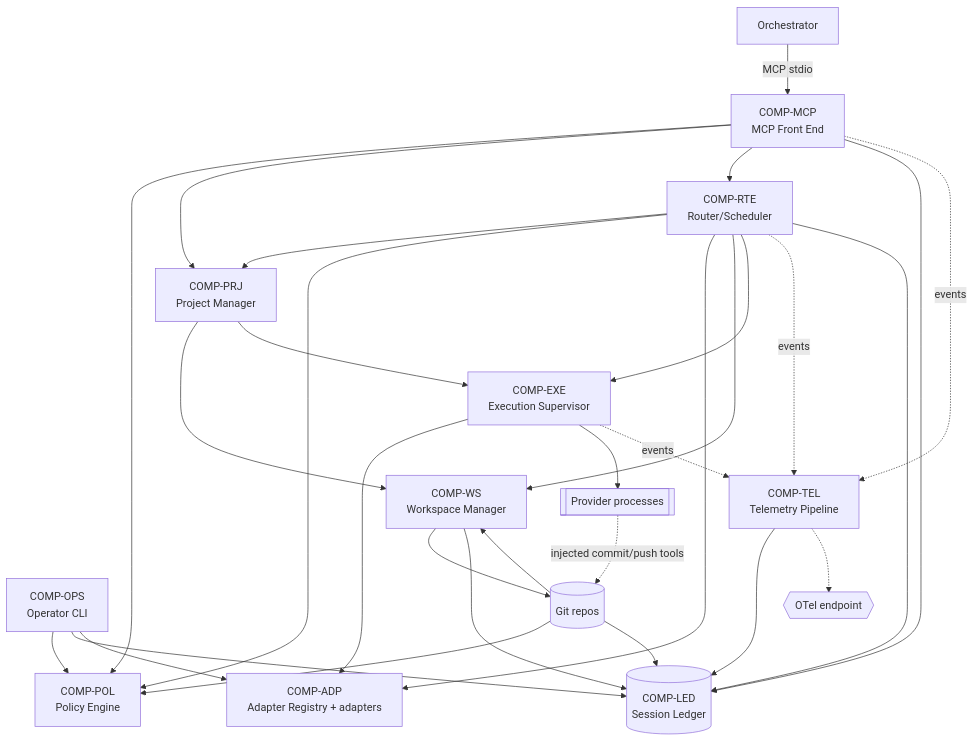
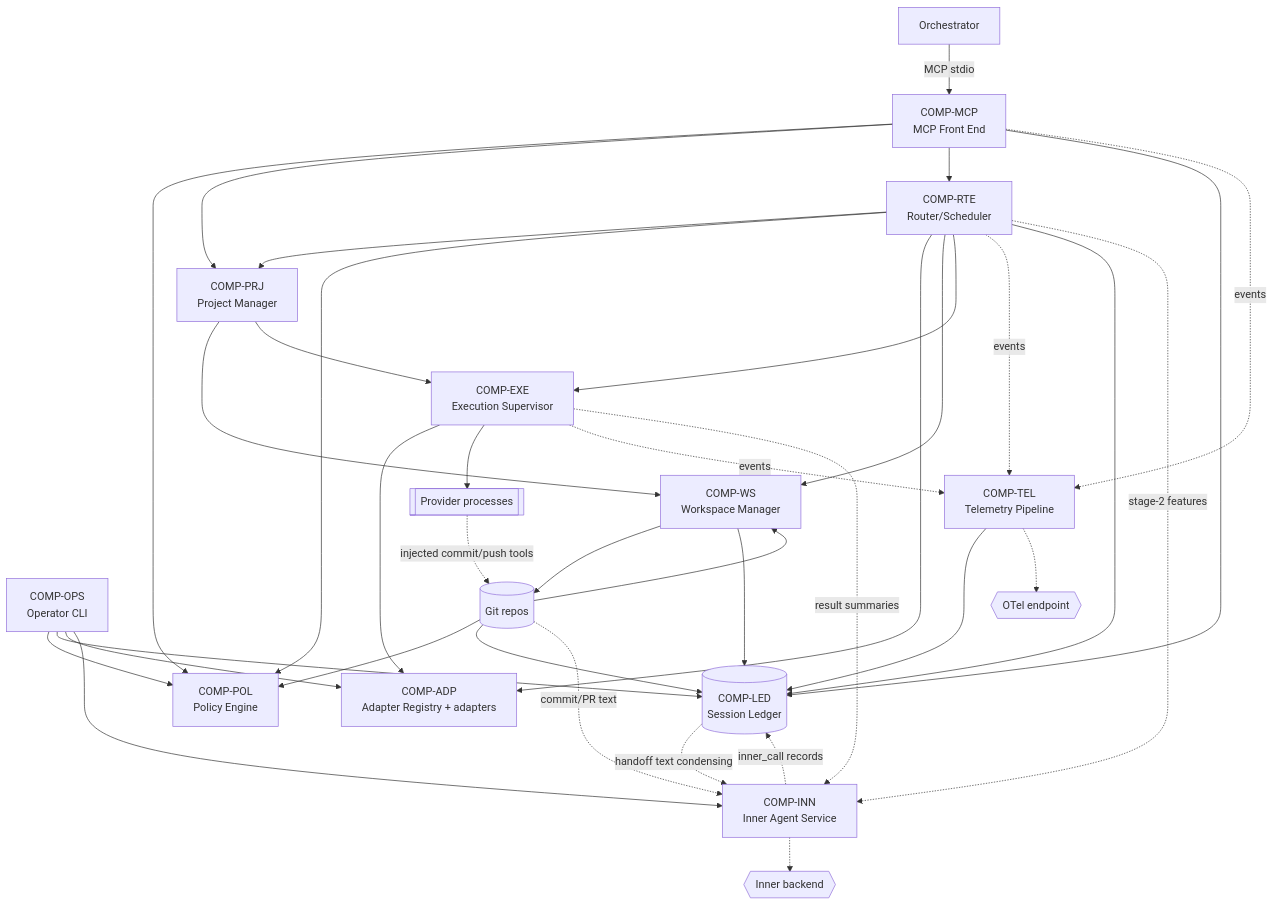
One commit to zemdregon/switchboard changed the second of 8 diagrams in docs/design/HLD.md. Above: the diagram before and after it, drawn with Mermaid. The commit also changed other lines of this file and 11 other files, not shown here.

First line of the commit message:
Add the inner agent to the specification set (owner decision 14)

````diff
--- a/docs/design/HLD.md
+++ b/docs/design/HLD.md
@@ -86,32 +92,40 @@
 ```mermaid
 flowchart TB
     ORCH[Orchestrator] -->|MCP stdio| MCP
     OPS[COMP-OPS<br/>Operator CLI] --> POL
     OPS --> LED
     OPS --> ADP
+    OPS --> INN
     MCP[COMP-MCP<br/>MCP Front End] --> POL[COMP-POL<br/>Policy Engine]
     MCP --> PRJ[COMP-PRJ<br/>Project Manager]
     RTE --> PRJ
     PRJ --> WS
     PRJ --> EXE
     PROC -. injected commit/push tools .-> GIT[COMP-GIT<br/>Git Publisher]
     GIT --> POL
     GIT --> WS
     GIT --> LED
     MCP --> RTE[COMP-RTE<br/>Router/Scheduler]
     MCP --> LED[(COMP-LED<br/>Session Ledger)]
     RTE --> POL
     RTE --> ADP[COMP-ADP<br/>Adapter Registry + adapters]
     RTE --> WS[COMP-WS<br/>Workspace Manager]
     RTE --> EXE[COMP-EXE<br/>Execution Supervisor]
     EXE --> ADP
     EXE --> PROC[[Provider processes]]
     WS --> GIT[(Git repos)]
     MCP -. events .-> TEL
     RTE -. events .-> TEL
     EXE -. events .-> TEL
     TEL[COMP-TEL<br/>Telemetry Pipeline] --> LED
     TEL -.-> OTEL{{OTel endpoint}}
     RTE --> LED
     WS --> LED
+    GIT -. "commit/PR text" .-> INN
+    RTE -. "stage-2 features" .-> INN
+    EXE -. "result summaries" .-> INN
+    LED -. "handoff text condensing" .-> INN
+    INN[COMP-INN<br/>Inner Agent Service]
+    INN -. "inner_call records" .-> LED
+    INN -.-> INNER{{Inner backend}}
 ```
````
